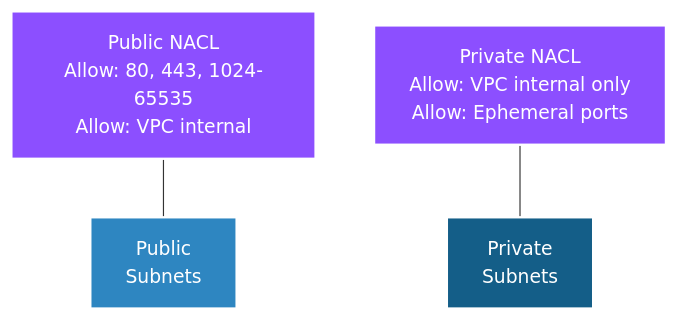
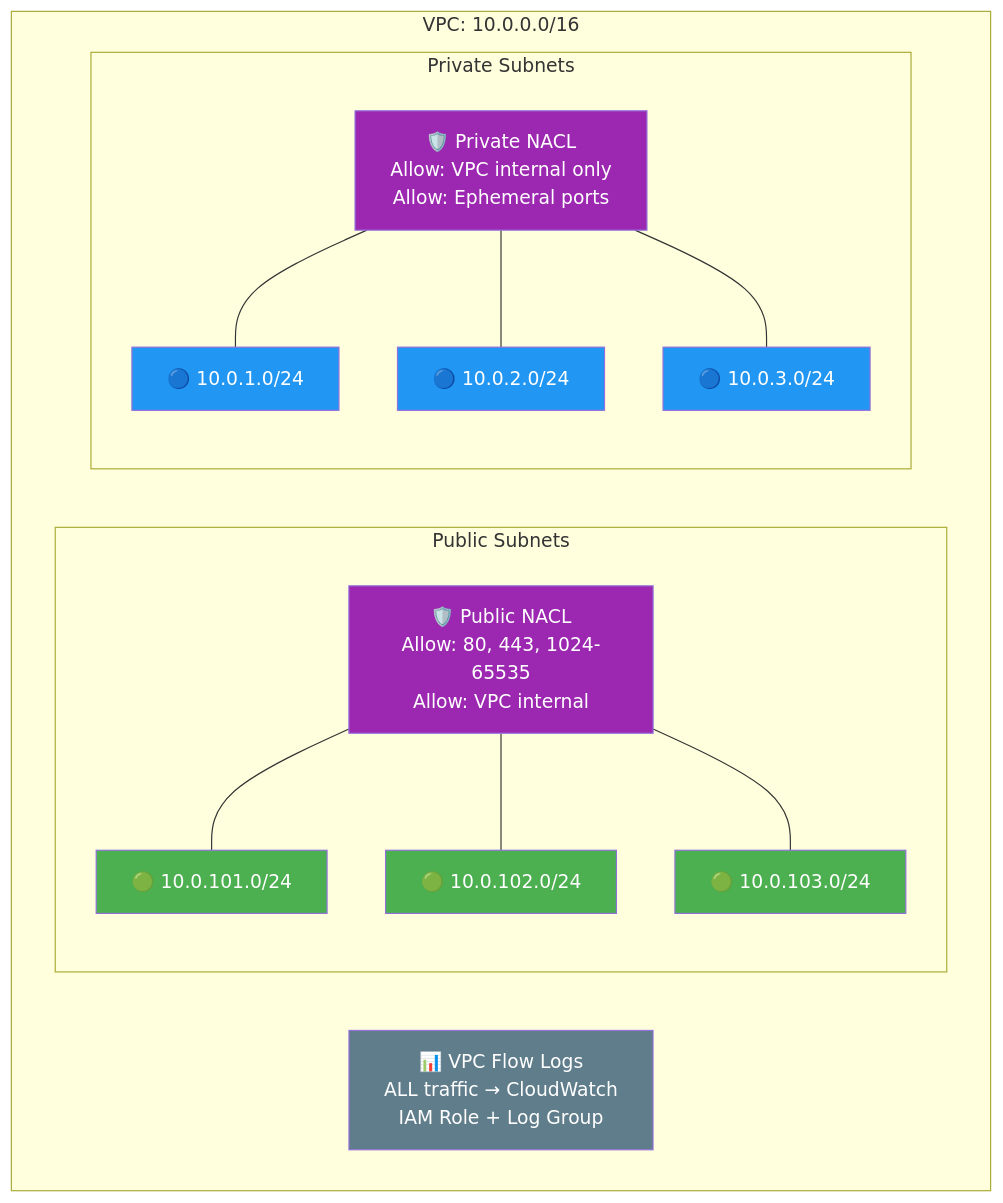
Before and after one commit to selvakumarperumal/EKS_k8s_custom_template_with_Terraform: the third of 13 diagrams in docs/architecture-build-steps.md, drawn with Mermaid. The commit also changed other lines of this file, not shown here.

Commit message:
docs: rewrite build steps as proper architecture layout diagrams with subgraphs and styled nodes

````diff
--- a/docs/architecture-build-steps.md
+++ b/docs/architecture-build-steps.md
@@ -135,13 +121,38 @@
 ```mermaid
-graph TD
-    classDef naclStyle fill:#8C4FFF,stroke:#fff,stroke-width:2px,color:#fff
-    classDef pubStyle fill:#2E86C1,stroke:#fff,stroke-width:2px,color:#fff
-    classDef privStyle fill:#145E88,stroke:#fff,stroke-width:2px,color:#fff
+graph TB
+    subgraph VPC["VPC: 10.0.0.0/16"]
 
-    PubNACL["Public NACL\nAllow: 80, 443, 1024-65535\nAllow: VPC internal"] --- PubSub["Public\nSubnets"]
-    PrivNACL["Private NACL\nAllow: VPC internal only\nAllow: Ephemeral ports"] --- PrivSub["Private\nSubnets"]
+        subgraph Public_Layer["Public Subnets"]
+            PUB_NACL["🛡️ Public NACL\nAllow: 80, 443, 1024-65535\nAllow: VPC internal"]
+            PUB1["🟢 10.0.101.0/24"]
+            PUB2["🟢 10.0.102.0/24"]
+            PUB3["🟢 10.0.103.0/24"]
+        end
 
-    class PubNACL,PrivNACL naclStyle
-    class PubSub pubStyle
-    class PrivSub privStyle
+        subgraph Private_Layer["Private Subnets"]
+            PRIV_NACL["🛡️ Private NACL\nAllow: VPC internal only\nAllow: Ephemeral ports"]
+            PRIV1["🔵 10.0.1.0/24"]
+            PRIV2["🔵 10.0.2.0/24"]
+            PRIV3["🔵 10.0.3.0/24"]
+        end
+
+        FLOW["📊 VPC Flow Logs\nALL traffic → CloudWatch\nIAM Role + Log Group"]
+    end
+
+    PUB_NACL --- PUB1
+    PUB_NACL --- PUB2
+    PUB_NACL --- PUB3
+    PRIV_NACL --- PRIV1
+    PRIV_NACL --- PRIV2
+    PRIV_NACL --- PRIV3
+
+    style PUB1 fill:#4CAF50,color:#fff
+    style PUB2 fill:#4CAF50,color:#fff
+    style PUB3 fill:#4CAF50,color:#fff
+    style PRIV1 fill:#2196F3,color:#fff
+    style PRIV2 fill:#2196F3,color:#fff
+    style PRIV3 fill:#2196F3,color:#fff
+    style PUB_NACL fill:#9C27B0,color:#fff
+    style PRIV_NACL fill:#9C27B0,color:#fff
+    style FLOW fill:#607D8B,color:#fff
 ```
````
